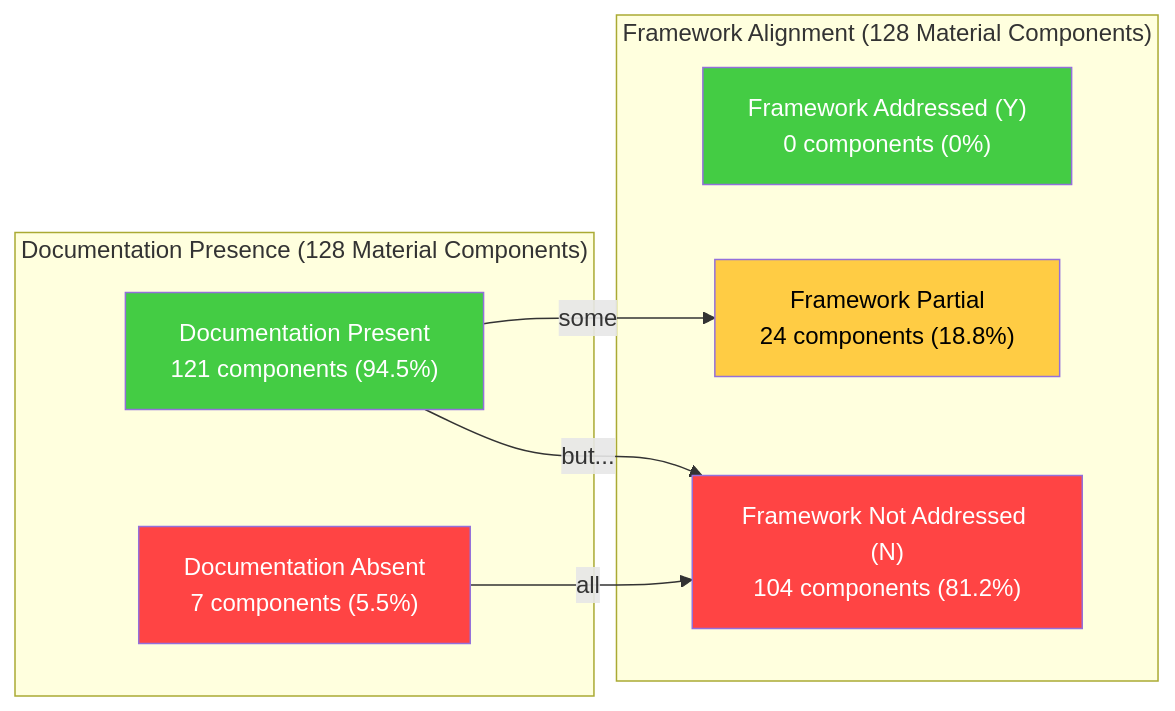
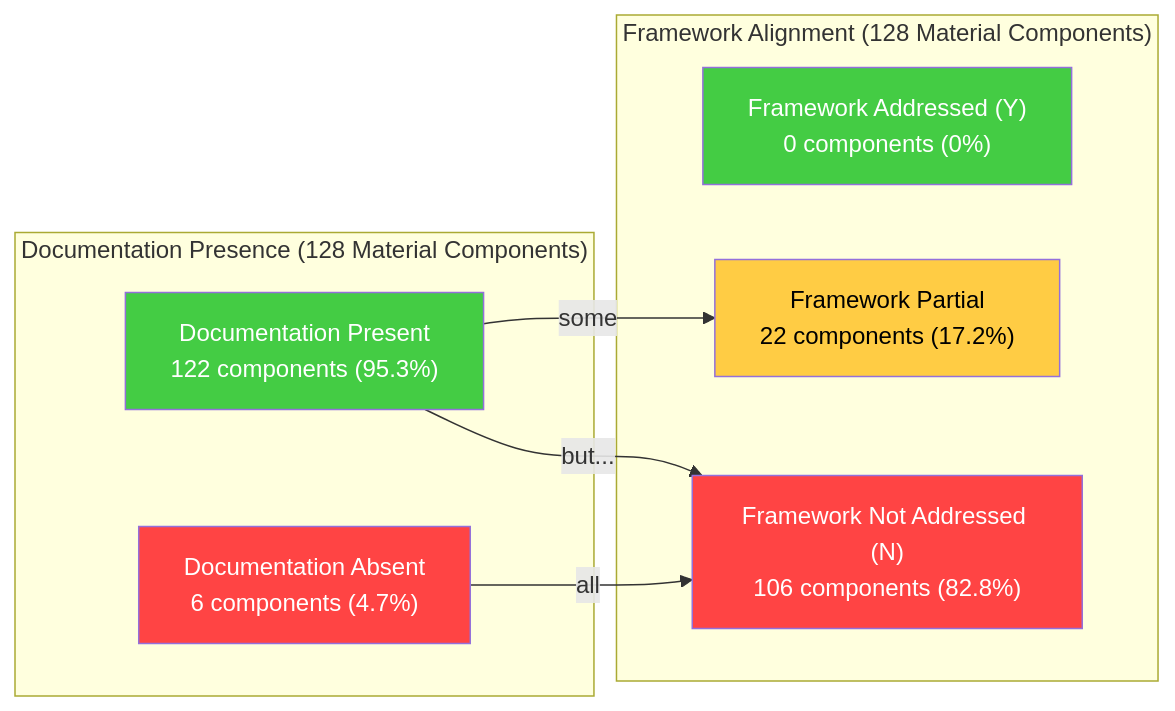
The second of 2 diagrams in audit-report/05-documentation-coverage.md (Blitzy-Sandbox/blitzy-kubernetes), drawn with Mermaid before and after one commit. The commit also changed other lines of this file and 5 other files, not shown here.

````diff
--- a/audit-report/05-documentation-coverage.md
+++ b/audit-report/05-documentation-coverage.md
@@ -589,23 +589,23 @@
 ```mermaid
 graph LR
     subgraph "Documentation Presence (128 Material Components)"
-        Present["Documentation Present<br/>121 components (94.5%)"]
-        Absent["Documentation Absent<br/>7 components (5.5%)"]
+        Present["Documentation Present<br/>122 components (95.3%)"]
+        Absent["Documentation Absent<br/>6 components (4.7%)"]
     end
 
     subgraph "Framework Alignment (128 Material Components)"
         Addressed["Framework Addressed (Y)<br/>0 components (0%)"]
-        Partial["Framework Partial<br/>24 components (18.8%)"]
-        NotAddressed["Framework Not Addressed (N)<br/>104 components (81.2%)"]
+        Partial["Framework Partial<br/>22 components (17.2%)"]
+        NotAddressed["Framework Not Addressed (N)<br/>106 components (82.8%)"]
     end
 
     Present -->|"but..."| NotAddressed
     Present -->|"some"| Partial
     Absent -->|"all"| NotAddressed
 
     style Present fill:#44cc44,color:#fff
     style Absent fill:#ff4444,color:#fff
     style Addressed fill:#44cc44,color:#fff
     style Partial fill:#ffcc44,color:#000
     style NotAddressed fill:#ff4444,color:#fff
 ```
````
